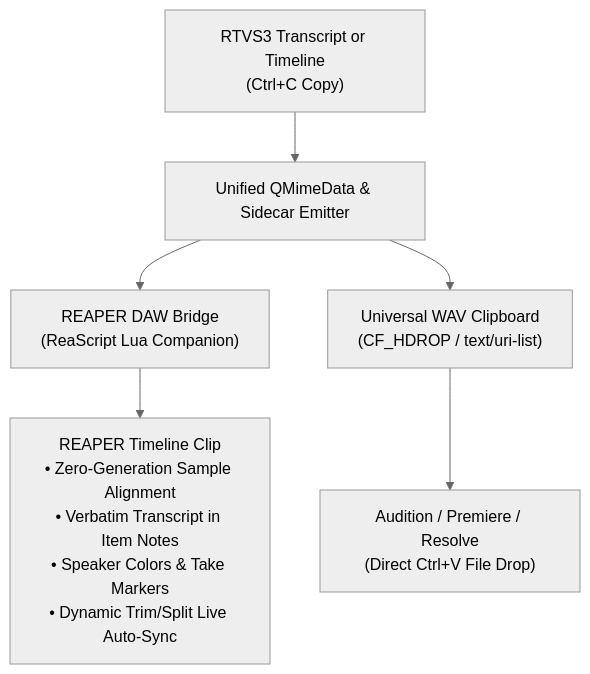
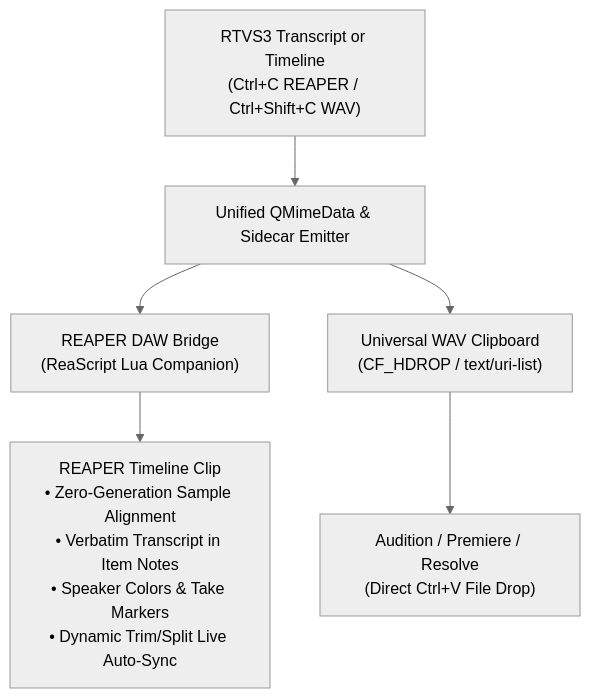
Before and after one commit to bradlinder/RTVS3: the diagram in docs/guides/reaper_and_daw_integration.md, drawn with Mermaid (neutral theme). The commit also changed other lines of this file and 37 other files, not shown here.

````diff
--- a/docs/guides/reaper_and_daw_integration.md
+++ b/docs/guides/reaper_and_daw_integration.md
@@ -15,8 +15,8 @@
 ```mermaid
 flowchart TD
-    A["RTVS3 Transcript or Timeline<br>(Ctrl+C Copy)"] --> B["Unified QMimeData & Sidecar Emitter"]
+    A["RTVS3 Transcript or Timeline<br>(Ctrl+C REAPER / Ctrl+Shift+C WAV)"] --> B["Unified QMimeData & Sidecar Emitter"]
     B --> C["REAPER DAW Bridge<br>(ReaScript Lua Companion)"]
     B --> D["Universal WAV Clipboard<br>(CF_HDROP / text/uri-list)"]
     C --> E["REAPER Timeline Clip<br>• Zero-Generation Sample Alignment<br>• Verbatim Transcript in Item Notes<br>• Speaker Colors & Take Markers<br>• Dynamic Trim/Split Live Auto-Sync"]
     D --> F["Audition / Premiere / Resolve<br>(Direct Ctrl+V File Drop)"]
 ```
````
